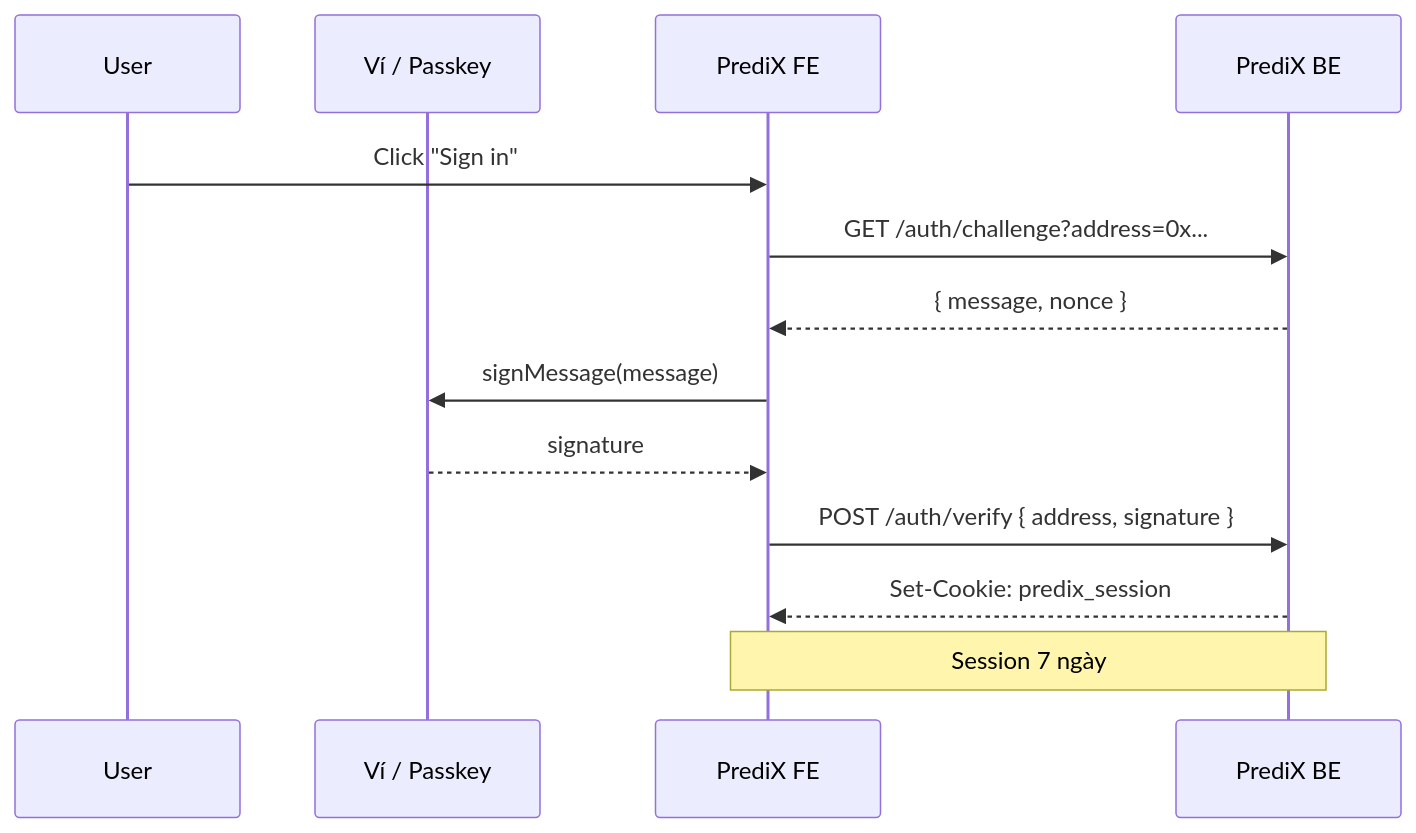
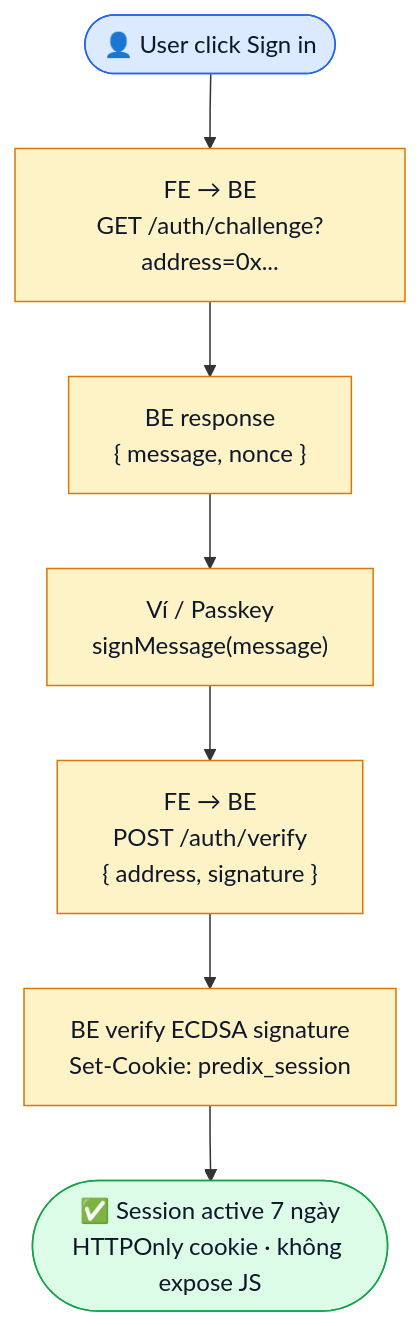
The second of 2 diagrams in vi_v6/bat-dau/ket-noi-vi.md (PrediX-Protocol/predix-docs), drawn with Mermaid before and after one commit. The commit also changed 17 other files, not shown here.

First line of the commit message:
docs(vi_v6): convert all 22 sequenceDiagram → flowchart TD (no overlap UX issue)

````diff
--- a/vi_v6/bat-dau/ket-noi-vi.md
+++ b/vi_v6/bat-dau/ket-noi-vi.md
@@ -84,16 +84,17 @@
 ```mermaid
-sequenceDiagram
-    participant U as User
-    participant W as Ví / Passkey
-    participant FE as PrediX FE
-    participant BE as PrediX BE
+flowchart TD
+    Start(["👤 User click Sign in"])
+    Start --> S1["FE → BE<br/>GET /auth/challenge?address=0x..."]
+    S1 --> S2["BE response<br/>{ message, nonce }"]
+    S2 --> S3["Ví / Passkey<br/>signMessage(message)"]
+    S3 --> S4["FE → BE<br/>POST /auth/verify<br/>{ address, signature }"]
+    S4 --> S5["BE verify ECDSA signature<br/>Set-Cookie: predix_session"]
+    S5 --> End(["✅ Session active 7 ngày<br/>HTTPOnly cookie · không expose JS"])
 
-    U->>FE: Click "Sign in"
-    FE->>BE: GET /auth/challenge?address=0x...
-    BE-->>FE: { message, nonce }
-    FE->>W: signMessage(message)
-    W-->>FE: signature
-    FE->>BE: POST /auth/verify { address, signature }
-    BE-->>FE: Set-Cookie: predix_session
-    Note over FE,BE: Session 7 ngày
+    classDef st fill:#dbeafe,stroke:#2563eb,color:#0f172a
+    classDef step fill:#fef3c7,stroke:#d97706,color:#0f172a
+    classDef ok fill:#dcfce7,stroke:#16a34a,color:#0f172a
+    class Start st
+    class S1,S2,S3,S4,S5 step
+    class End ok
 ```
````
